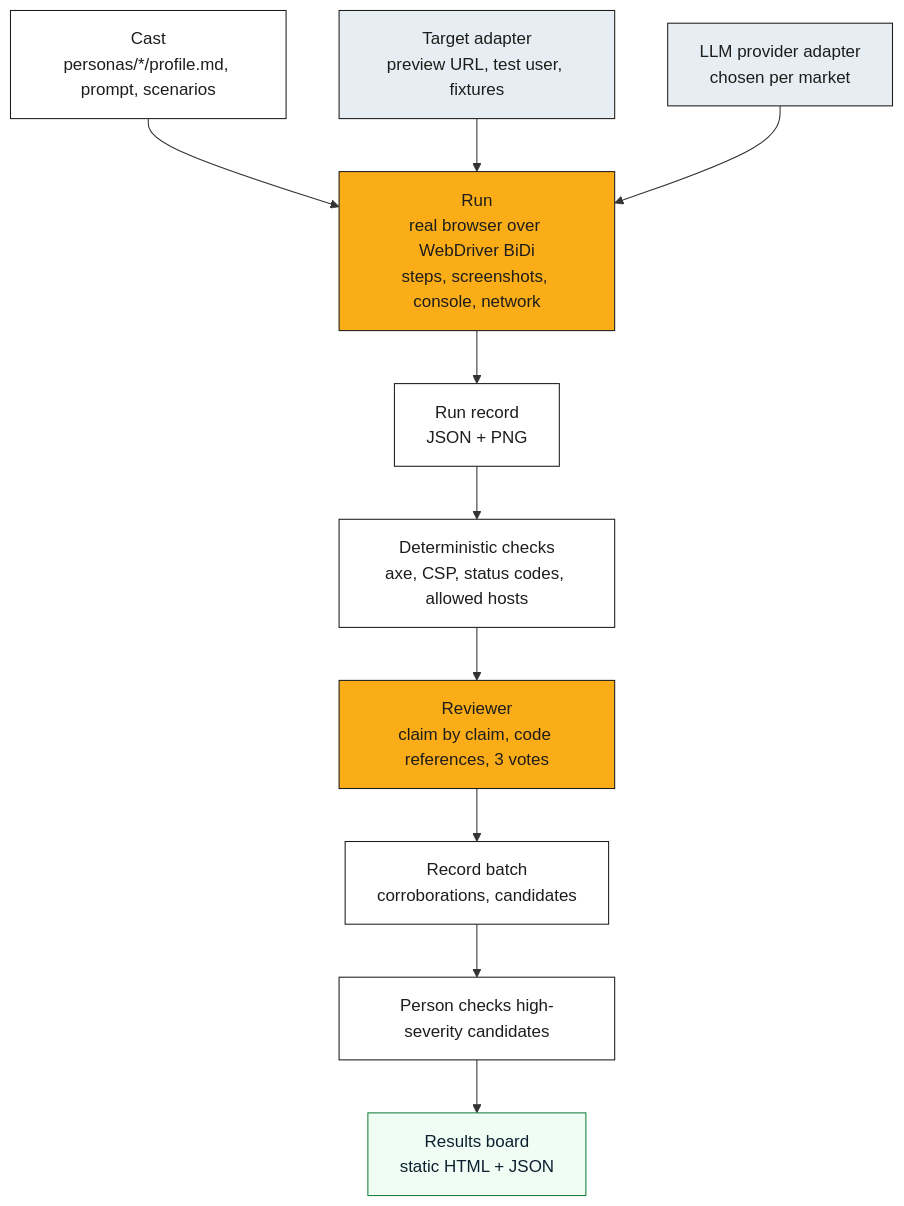
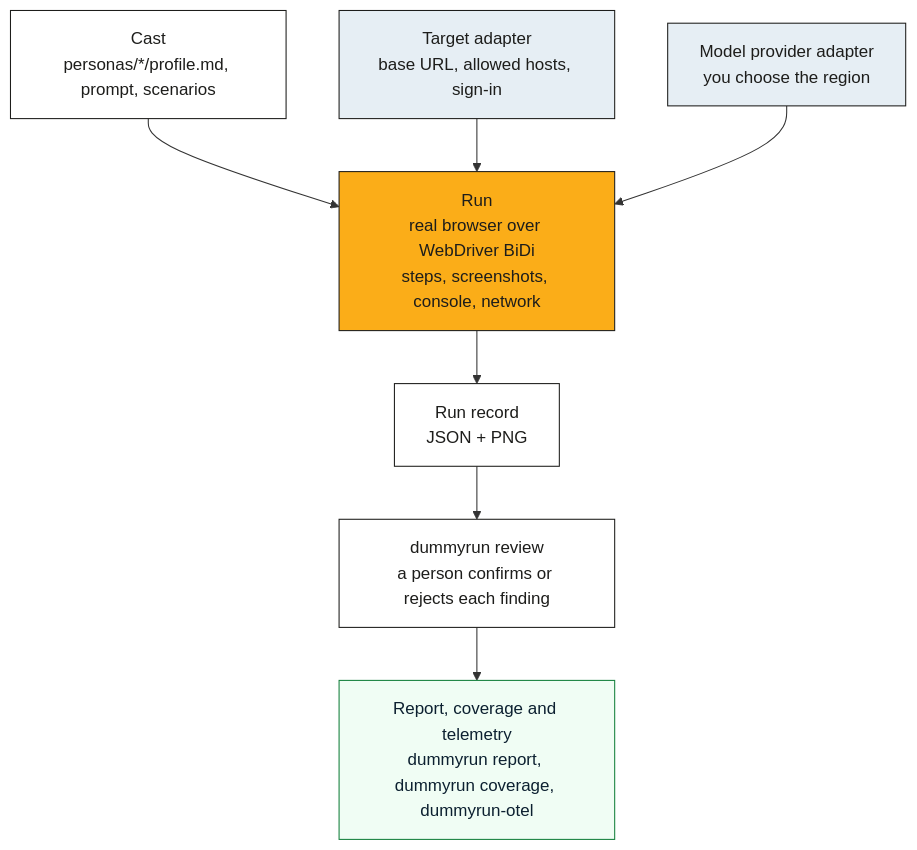
Before and after one commit to dummy-run/dummy-run: the diagram in docs/ARCHITECTURE.md, drawn with Mermaid. The commit also changed other lines of this file and 29 other files, not shown here.

First line of the commit message:
Rewrite the user docs in a plainer voice and move process detail out

````diff
--- a/docs/ARCHITECTURE.md
+++ b/docs/ARCHITECTURE.md
@@ -9,16 +9,13 @@
 ```mermaid
 flowchart TB
     CAST[Cast<br/>personas/*/profile.md, prompt, scenarios]:::step --> RUN
-    TGT[Target adapter<br/>preview URL, test user, fixtures]:::adapter --> RUN
-    LLM[LLM provider adapter<br/>chosen per market]:::adapter --> RUN
-    RUN[Run<br/>real browser over WebDriver BiDi<br/>steps, screenshots, console, network]:::agent --> REP[Run record<br/>JSON + PNG]:::step
-    REP --> CHK[Deterministic checks<br/>axe, CSP, status codes, allowed hosts]:::step
-    CHK --> REV[Reviewer<br/>claim by claim, code references, 3 votes]:::agent
-    REV --> REC[Record batch<br/>corroborations, candidates]:::step
-    REC --> PER[Person checks high-severity candidates]:::step
-    PER --> BOARD[Results board<br/>static HTML + JSON]:::out
+    TGT[Target adapter<br/>base URL, allowed hosts, sign-in]:::adapter --> RUN
+    LLM[Model provider adapter<br/>you choose the region]:::adapter --> RUN
+    RUN[Run<br/>real browser over WebDriver BiDi<br/>steps, screenshots, console, network]:::agent --> REC[Run record<br/>JSON + PNG]:::step
+    REC --> REV[dummyrun review<br/>a person confirms or rejects each finding]:::step
+    REV --> OUT[Report, coverage and telemetry<br/>dummyrun report, dummyrun coverage, dummyrun-otel]:::out
     classDef step fill:#ffffff,stroke:#1d1d1b,color:#1d1d1b
     classDef adapter fill:#e6eef4,stroke:#1d1d1b,color:#1d1d1b
     classDef agent fill:#fbad18,stroke:#1d1d1b,color:#1d1d1b
     classDef out fill:#f0fdf4,stroke:#15803d,color:#0c2030
 ```
````
